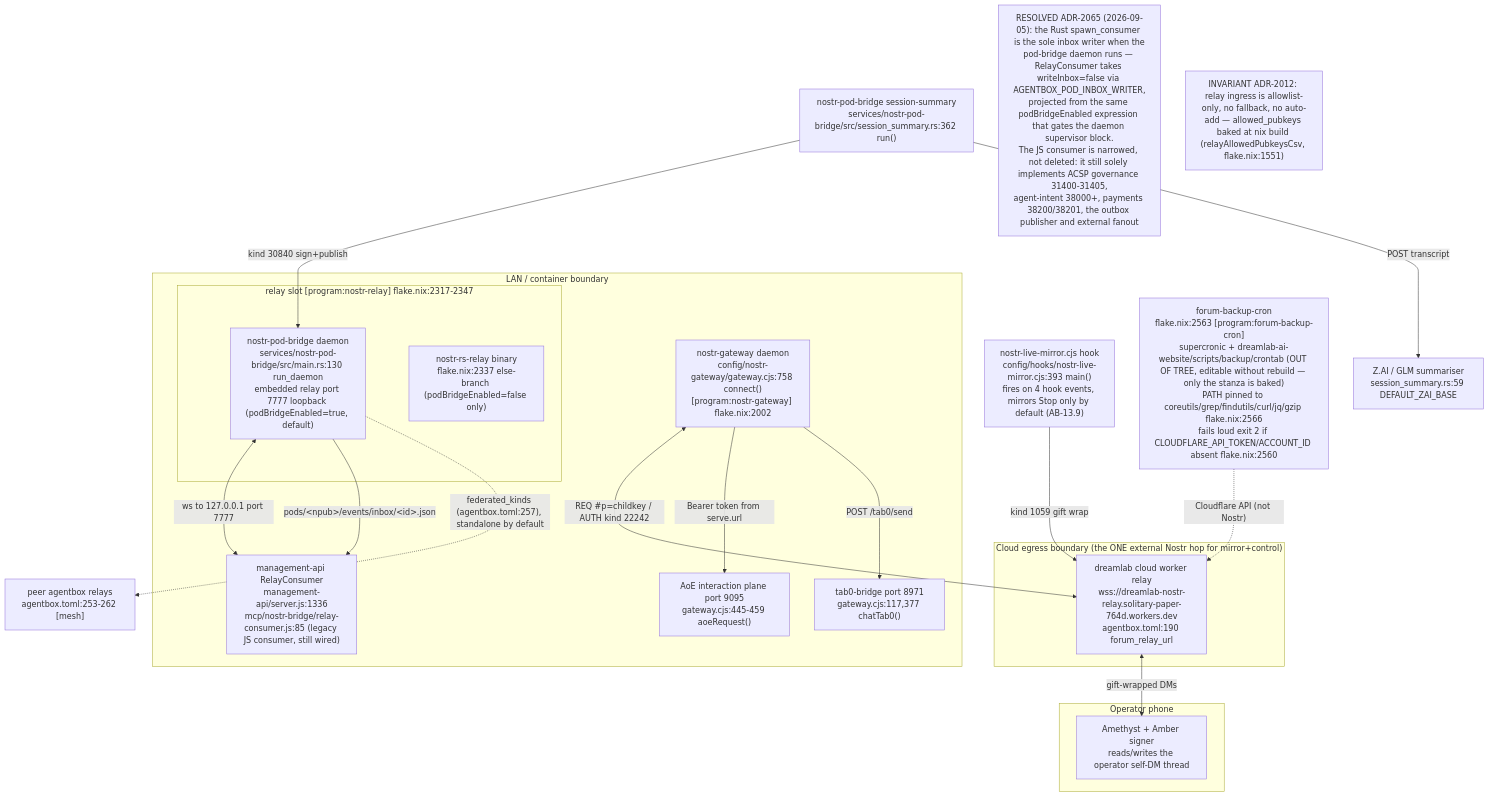
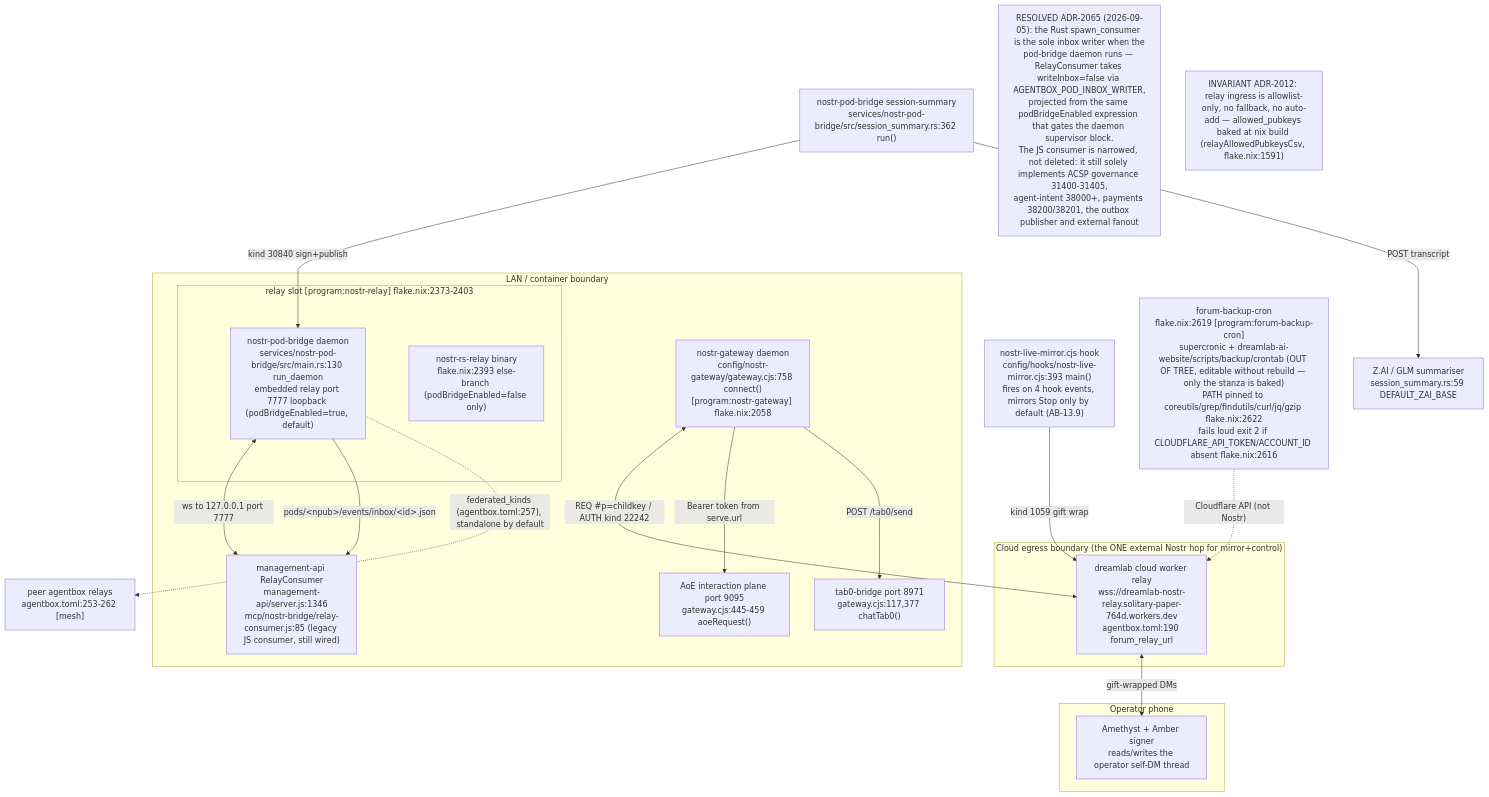
The first of 16 diagrams in docs/diagrams/agentbox/13-nostr-relay-gateway-bridge-mirror.md (DreamLab-AI/VisionFlow), drawn with Mermaid before and after one commit. The commit also changed other lines of this file and 94 other files, not shown here.

First line of the commit message:
docs(diagrams): re-verify 130 topics against 2 October HEADs

````diff
--- a/docs/diagrams/agentbox/13-nostr-relay-gateway-bridge-mirror.md
+++ b/docs/diagrams/agentbox/13-nostr-relay-gateway-bridge-mirror.md
@@ -43,39 +43,39 @@
 ```mermaid
 flowchart TB
     subgraph lan["LAN / container boundary"]
-        subgraph relayslot["relay slot [program:nostr-relay] flake.nix:2317-2347"]
+        subgraph relayslot["relay slot [program:nostr-relay] flake.nix:2373-2403"]
             PB["nostr-pod-bridge daemon<br/>services/nostr-pod-bridge/src/main.rs:130 run_daemon<br/>embedded relay port 7777 loopback (podBridgeEnabled=true, default)"]
-            RS["nostr-rs-relay binary<br/>flake.nix:2337 else-branch (podBridgeEnabled=false only)"]
+            RS["nostr-rs-relay binary<br/>flake.nix:2393 else-branch (podBridgeEnabled=false only)"]
         end
-        GW["nostr-gateway daemon<br/>config/nostr-gateway/gateway.cjs:758 connect()<br/>[program:nostr-gateway] flake.nix:2002"]
-        MGMT["management-api RelayConsumer<br/>management-api/server.js:1336<br/>mcp/nostr-bridge/relay-consumer.js:85 (legacy JS consumer, still wired)"]
+        GW["nostr-gateway daemon<br/>config/nostr-gateway/gateway.cjs:758 connect()<br/>[program:nostr-gateway] flake.nix:2058"]
+        MGMT["management-api RelayConsumer<br/>management-api/server.js:1346<br/>mcp/nostr-bridge/relay-consumer.js:85 (legacy JS consumer, still wired)"]
         AOE["AoE interaction plane port 9095<br/>gateway.cjs:445-459 aoeRequest()"]
         TAB0["tab0-bridge port 8971<br/>gateway.cjs:117,377 chatTab0()"]
     end
     subgraph cloud["Cloud egress boundary (the ONE external Nostr hop for mirror+control)"]
         CLOUD["dreamlab cloud worker relay<br/>wss://dreamlab-nostr-relay.solitary-paper-764d.workers.dev<br/>agentbox.toml:190 forum_relay_url"]
     end
     subgraph phone["Operator phone"]
         AME["Amethyst + Amber signer<br/>reads/writes the operator self-DM thread"]
     end
     MIRROR["nostr-live-mirror.cjs hook<br/>config/hooks/nostr-live-mirror.cjs:393 main()<br/>fires on 4 hook events, mirrors Stop only by default (AB-13.9)"]
     DIGEST["nostr-pod-bridge session-summary<br/>services/nostr-pod-bridge/src/session_summary.rs:362 run()"]
     ZAI["Z.AI / GLM summariser<br/>session_summary.rs:59 DEFAULT_ZAI_BASE"]
-    FORUM["forum-backup-cron<br/>flake.nix:2563 [program:forum-backup-cron]<br/>supercronic + dreamlab-ai-website/scripts/backup/crontab (OUT OF TREE, editable without rebuild — only the stanza is baked)<br/>PATH pinned to coreutils/grep/findutils/curl/jq/gzip flake.nix:2566<br/>fails loud exit 2 if CLOUDFLARE_API_TOKEN/ACCOUNT_ID absent flake.nix:2560"]
+    FORUM["forum-backup-cron<br/>flake.nix:2619 [program:forum-backup-cron]<br/>supercronic + dreamlab-ai-website/scripts/backup/crontab (OUT OF TREE, editable without rebuild — only the stanza is baked)<br/>PATH pinned to coreutils/grep/findutils/curl/jq/gzip flake.nix:2622<br/>fails loud exit 2 if CLOUDFLARE_API_TOKEN/ACCOUNT_ID absent flake.nix:2616"]
     MESH["peer agentbox relays<br/>agentbox.toml:253-262 [mesh]"]
 
     MIRROR -->|"kind 1059 gift wrap"| CLOUD
     GW <-->|"REQ #p=childkey / AUTH kind 22242"| CLOUD
     CLOUD <-->|"gift-wrapped DMs"| AME
     DIGEST -->|"kind 30840 sign+publish"| PB
     DIGEST -->|"POST transcript"| ZAI
     PB <-->|"ws to 127.0.0.1 port 7777"| MGMT
     PB -->|"pods/&lt;npub&gt;/events/inbox/&lt;id&gt;.json"| MGMT
     GW -->|"Bearer token from serve.url"| AOE
     GW -->|"POST /tab0/send"| TAB0
     PB -.->|"federated_kinds (agentbox.toml:257), standalone by default"| MESH
     FORUM -.->|"Cloudflare API (not Nostr)"| CLOUD
 
 N1["RESOLVED ADR-2065 (2026-09-05): the Rust spawn_consumer is the sole inbox writer when the<br/>pod-bridge daemon runs — RelayConsumer takes writeInbox=false via AGENTBOX_POD_INBOX_WRITER,<br/>projected from the same podBridgeEnabled expression that gates the daemon supervisor block.<br/>The JS consumer is narrowed, not deleted: it still solely implements ACSP governance 31400-31405,<br/>agent-intent 38000+, payments 38200/38201, the outbox publisher and external fanout"]
-    N2["INVARIANT ADR-2012: relay ingress is allowlist-only, no fallback, no auto-add — allowed_pubkeys baked at nix build (relayAllowedPubkeysCsv, flake.nix:1551)"]
+    N2["INVARIANT ADR-2012: relay ingress is allowlist-only, no fallback, no auto-add — allowed_pubkeys baked at nix build (relayAllowedPubkeysCsv, flake.nix:1591)"]
 ```
````
